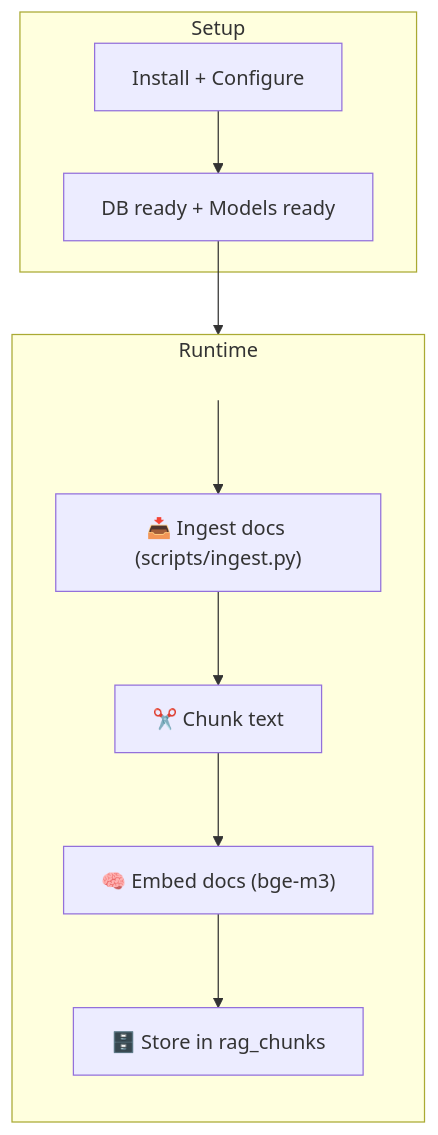
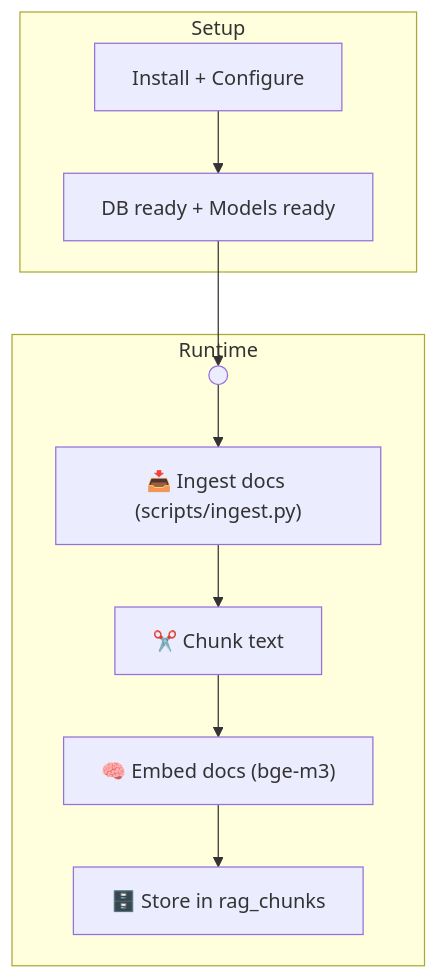
One commit to LauraAva/rag-ollama-set-up changed the first of 3 diagrams in docs/PROCESS_VISUALIZATION_TRIAL.md. Above: the diagram before and after it, drawn with Mermaid.

````diff
--- a/docs/PROCESS_VISUALIZATION_TRIAL.md
+++ b/docs/PROCESS_VISUALIZATION_TRIAL.md
@@ -10,21 +10,20 @@
 ```mermaid
 flowchart TD
 
   subgraph Setup["Setup<br/>"]
     S1["Install + Configure"] --> S2["DB ready + Models ready"]
   end  
 
   subgraph Runtime["Runtime<br/>"]
 
-    direction TB
 
-    R1(( )):::ghost
+    R1(( )):::hidden
     R2["📥 Ingest docs (scripts/ingest.py)"] --> R3["✂️ Chunk text"] --> R4["🧠 Embed docs (bge-m3)"] --> R5["🗄️ Store in rag_chunks"]
 
     R1 --> R2
   end
 
   S2 --> R1
 
   classDef ghost fill:transparent,stroke:transparent,color:transparent;
 ```
````
